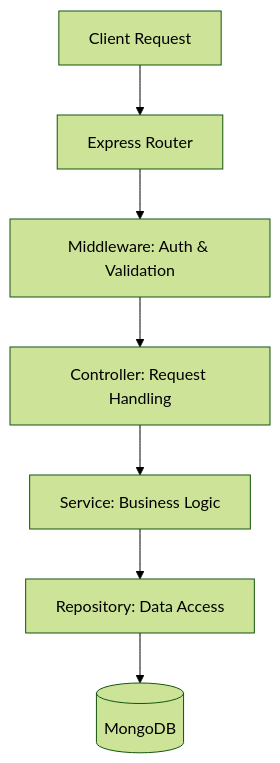
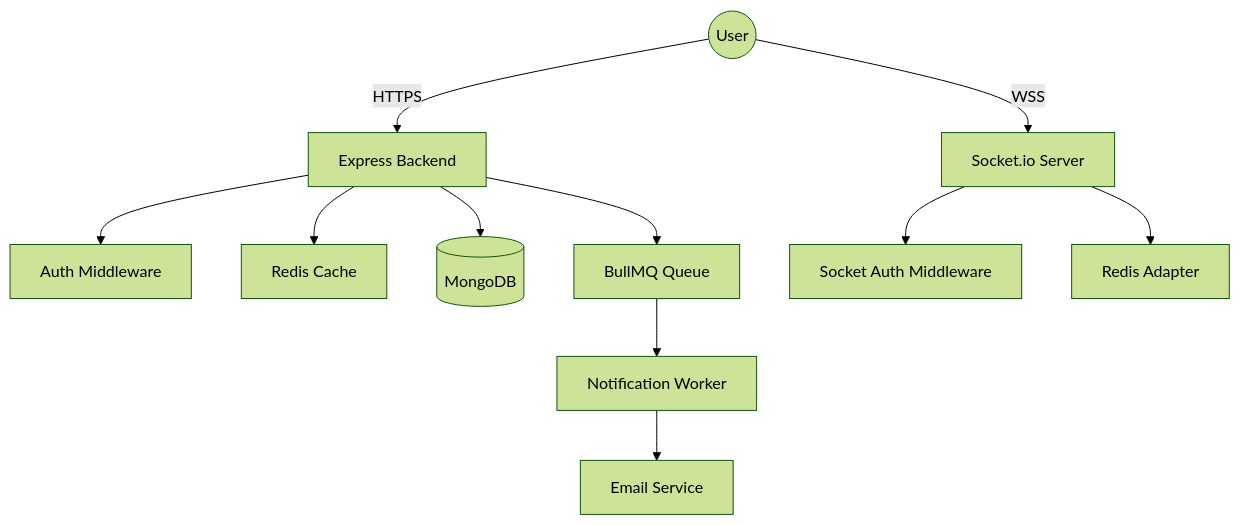
Before and after one commit to Aashish257/sustainable-local-marketplace: the diagram in README.md, drawn with Mermaid (forest theme). The commit also changed other lines of this file and 17 other files, not shown here.

````diff
--- a/README.md
+++ b/README.md
@@ -16,9 +17,16 @@
 ```mermaid
 graph TD
-    A[Client Request] --> B[Express Router]
-    B --> C[Middleware: Auth & Validation]
-    C --> D[Controller: Request Handling]
-    D --> E[Service: Business Logic]
-    E --> F[Repository: Data Access]
-    F --> G[(MongoDB)]
+    User((User)) -->|HTTPS| App[Express Backend]
+    User -->|WSS| Socket[Socket.io Server]
+    
+    App --> Auth[Auth Middleware]
+    App --> Cache[Redis Cache]
+    App --> DB[(MongoDB)]
+    
+    Socket --> S_Auth[Socket Auth Middleware]
+    Socket --> Redis_Pub[Redis Adapter]
+    
+    App --> Queue[BullMQ Queue]
+    Queue --> Worker[Notification Worker]
+    Worker --> Email[Email Service]
 ```
````
